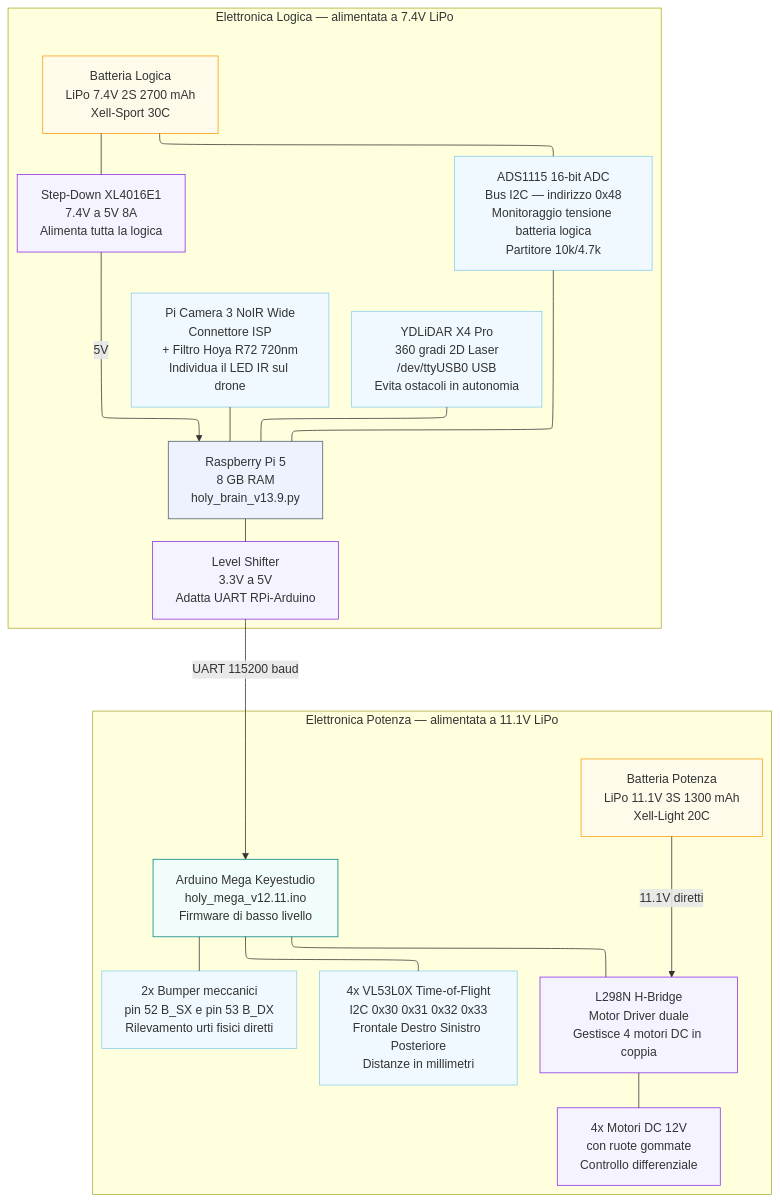
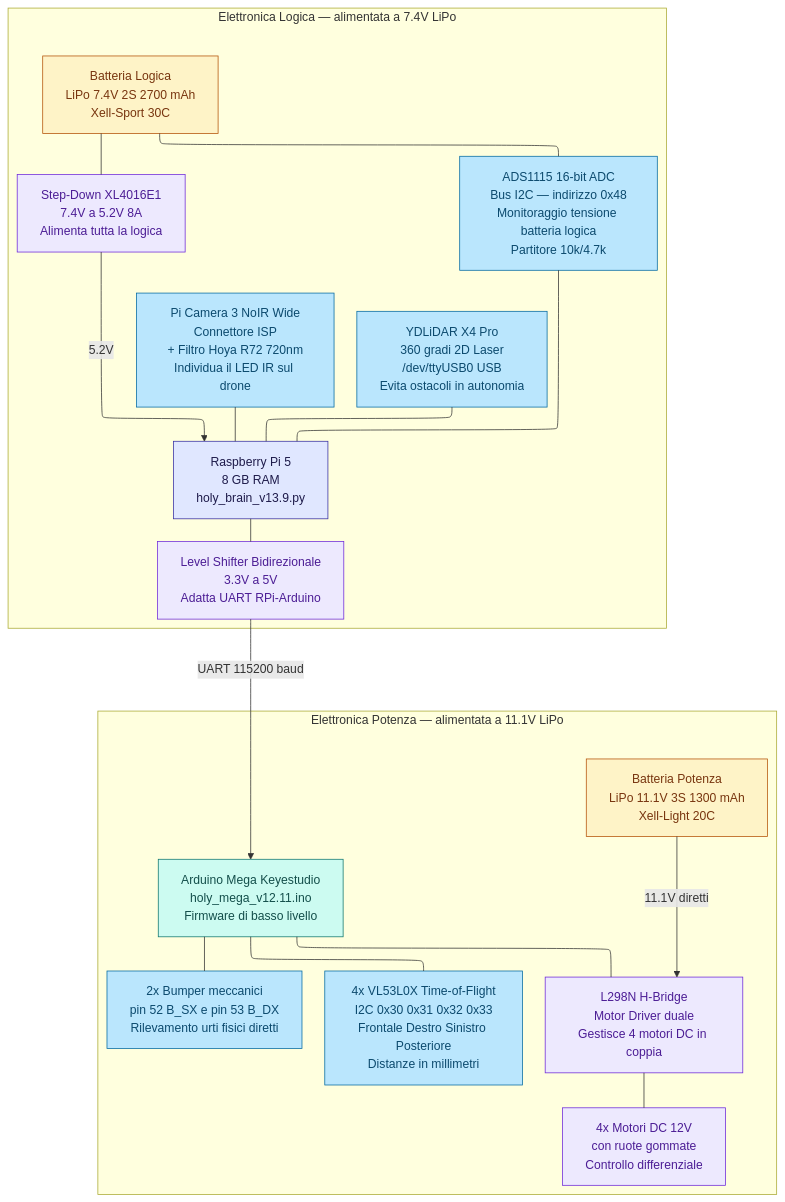
One commit to ITC-V-A-Ruiz-Dip-di-Inf-e-Telecom/dronebot-2026 changed the third of 4 diagrams in README.md. Above: the diagram before and after it, drawn with Mermaid. The commit also changed other lines of this file, not shown here.

````diff
--- a/README.md
+++ b/README.md
@@ -389,45 +392,45 @@
 ```mermaid
 ---
 config:
   layout: elk
 ---
 flowchart TB
-    classDef raspberry stroke:#4e5b69,fill:#eef2ff
-    classDef arduino stroke:#008080,fill:#f0fdfa
-    classDef sensor stroke:#87ceeb,fill:#f0f9ff
-    classDef control stroke:#8a2be2,fill:#f5f3ff
-    classDef power stroke:#f59e0b,fill:#fffbeb
+    classDef raspberry stroke:#3730a3,fill:#e0e7ff,color:#1e1b4b
+    classDef arduino stroke:#0f766e,fill:#ccfbf1,color:#134e4a
+    classDef sensor stroke:#0369a1,fill:#bae6fd,color:#0c4a6e
+    classDef control stroke:#6d28d9,fill:#ede9fe,color:#4c1d95
+    classDef power stroke:#b45309,fill:#fef3c7,color:#78350f
 
     subgraph LOGIC["Elettronica Logica — alimentata a 7.4V LiPo"]
         RPI5["Raspberry Pi 5\n8 GB RAM\nholy_brain_v13.9.py"]:::raspberry
         CAM["Pi Camera 3 NoIR Wide\nConnettore ISP\n+ Filtro Hoya R72 720nm\nIndividua il LED IR sul drone"]:::sensor
         LIDAR["YDLiDAR X4 Pro\n360 gradi 2D Laser\n/dev/ttyUSB0 USB\nEvita ostacoli in autonomia"]:::sensor
         ADS["ADS1115 16-bit ADC\nBus I2C — indirizzo 0x48\nMonitoraggio tensione batteria logica\nPartitore 10k/4.7k"]:::sensor
         BATT7["Batteria Logica\nLiPo 7.4V 2S 2700 mAh\nXell-Sport 30C"]:::power
-        STEP["Step-Down XL4016E1\n7.4V a 5V 8A\nAlimenta tutta la logica"]:::control
-        LS["Level Shifter\n3.3V a 5V\nAdatta UART RPi-Arduino"]:::control
+        STEP["Step-Down XL4016E1\n7.4V a 5.2V 8A\nAlimenta tutta la logica"]:::control
+        LS["Level Shifter Bidirezionale\n3.3V a 5V\nAdatta UART RPi-Arduino"]:::control
     end
 
     subgraph POWER["Elettronica Potenza — alimentata a 11.1V LiPo"]
         ARD["Arduino Mega Keyestudio\nholy_mega_v12.11.ino\nFirmware di basso livello"]:::arduino
         TOF["4x VL53L0X Time-of-Flight\nI2C 0x30 0x31 0x32 0x33\nFrontale Destro Sinistro Posteriore\nDistanze in millimetri"]:::sensor
         BUMP["2x Bumper meccanici\npin 52 B_SX e pin 53 B_DX\nRilevamento urti fisici diretti"]:::sensor
         L298["L298N H-Bridge\nMotor Driver duale\nGestisce 4 motori DC in coppia"]:::control
         MOT["4x Motori DC 12V\ncon ruote gommate\nControllo differenziale"]:::control
         BATT11["Batteria Potenza\nLiPo 11.1V 3S 1300 mAh\nXell-Light 20C"]:::power
     end
 
     CAM --- RPI5
     LIDAR --- RPI5
     ADS --- RPI5
     BATT7 --- ADS
     BATT7 --- STEP
-    STEP -->|5V| RPI5
+    STEP -->|5.2V| RPI5
     RPI5 --- LS
     LS -->|UART 115200 baud| ARD
     ARD --- TOF
     ARD --- BUMP
     ARD --- L298
     L298 --- MOT
     BATT11 -->|11.1V diretti| L298
 ```
````
